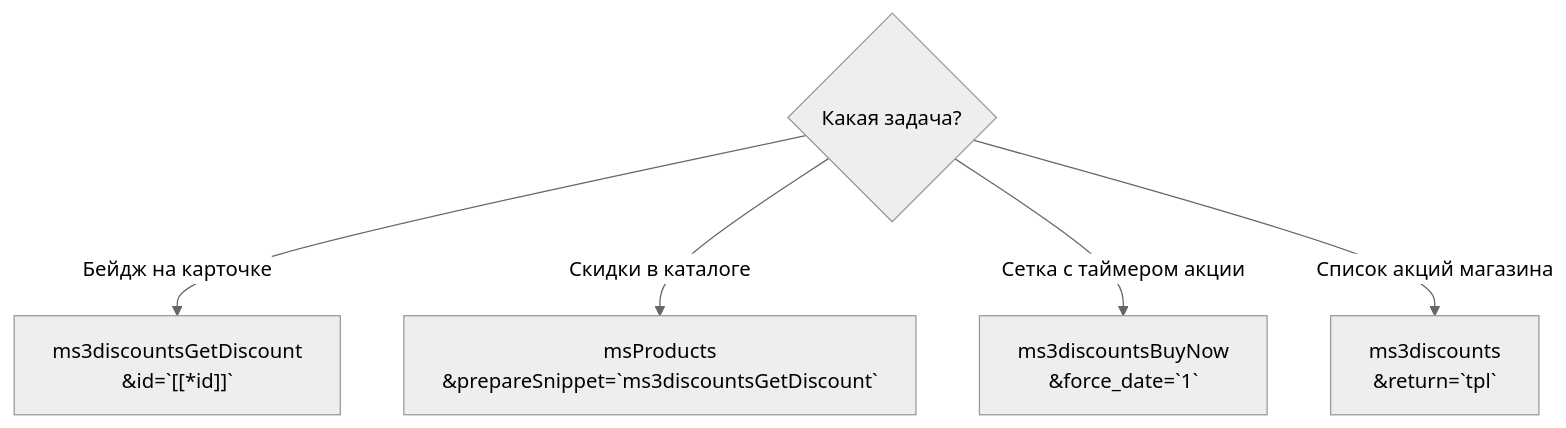
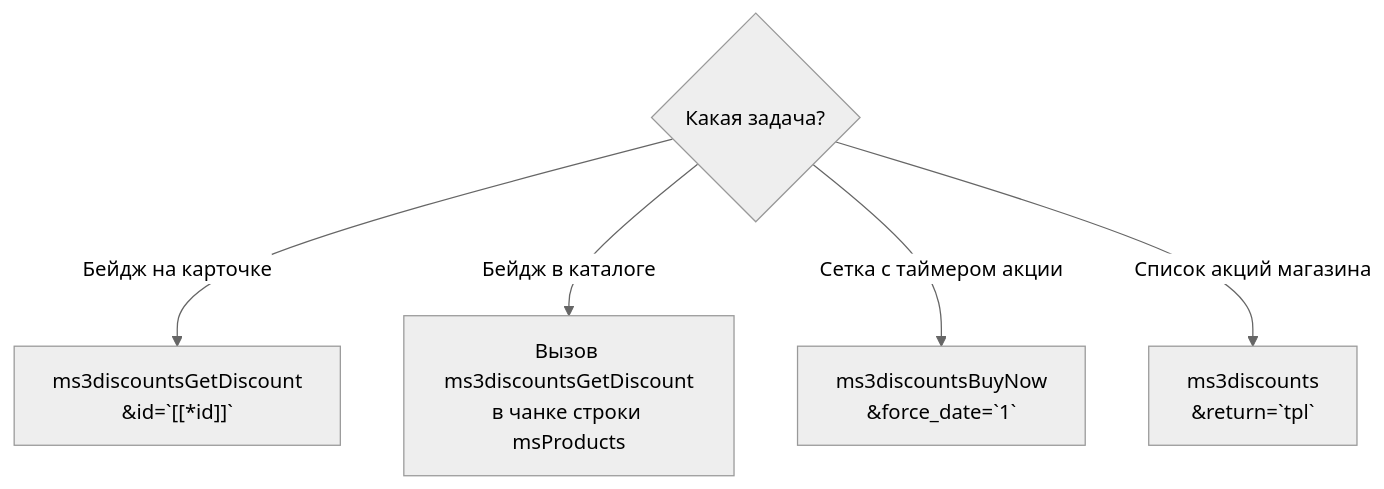
One commit to modx-pro/Docs changed the diagram in docs/components/ms3discounts/snippets/index.md. Above: the diagram before and after it, drawn with Mermaid (neutral theme). The commit also changed other lines of this file and 6 other files, not shown here.

````diff
--- a/docs/components/ms3discounts/snippets/index.md
+++ b/docs/components/ms3discounts/snippets/index.md
@@ -13,8 +13,8 @@
 ```mermaid
 flowchart TD
   Task{Какая задача?}
   Task -->|Бейдж на карточке| S1["ms3discountsGetDiscount<br>&id=`[[*id]]`"]
-  Task -->|Скидки в каталоге| S2["msProducts<br>&prepareSnippet=`ms3discountsGetDiscount`"]
+  Task -->|Бейдж в каталоге| S2["Вызов ms3discountsGetDiscount<br>в чанке строки msProducts"]
   Task -->|Сетка с таймером акции| S3["ms3discountsBuyNow<br>&force_date=`1`"]
   Task -->|Список акций магазина| S4["ms3discounts<br>&return=`tpl`"]
 ```
````
